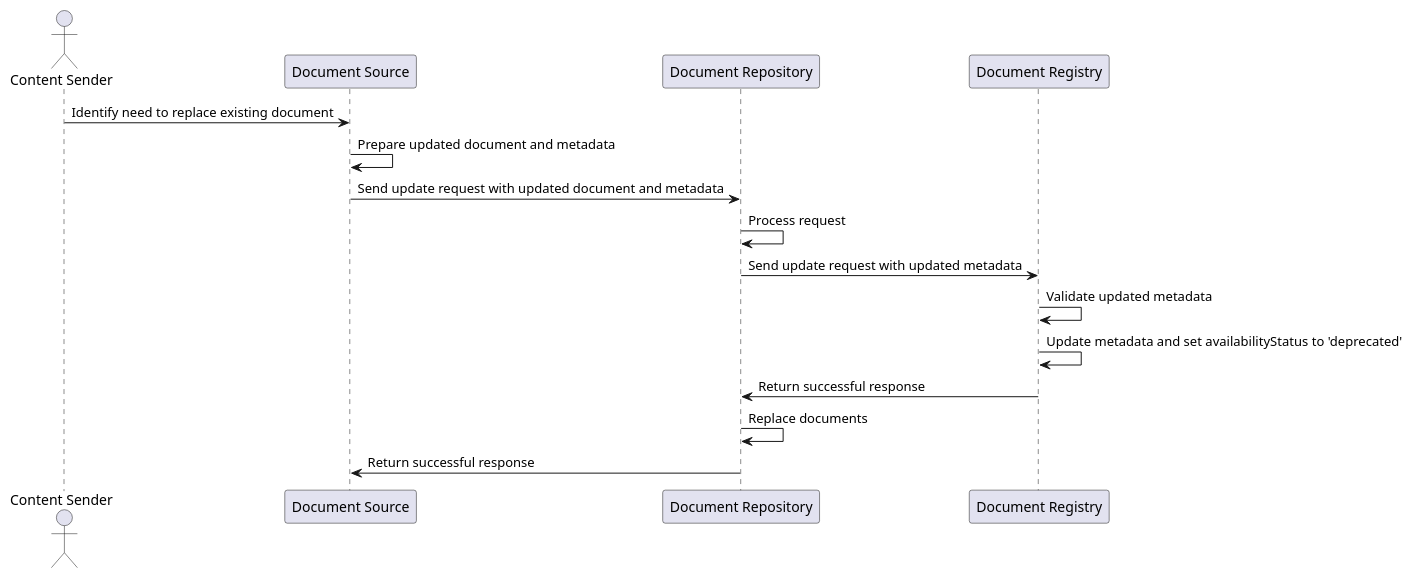
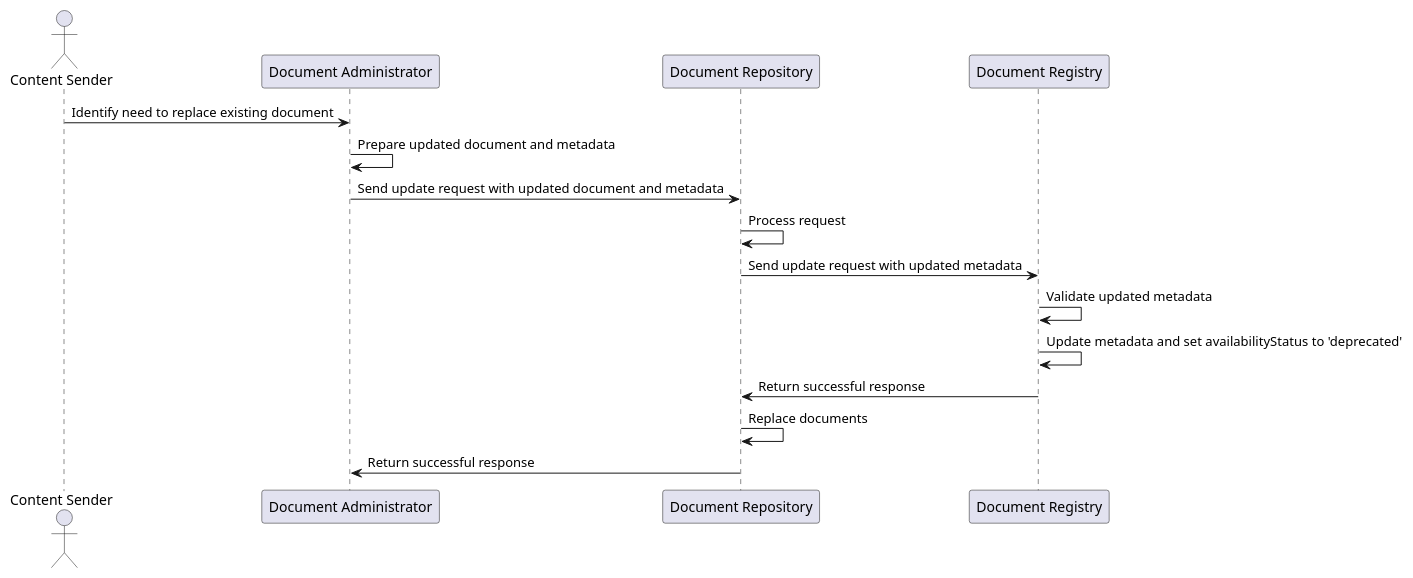
Before and after one commit to medcomdk/dk-medcom-document: the diagram in puml/sequence-rcorr.puml, drawn with PlantUML. The commit also changed 2 other files, not shown here.

Commit message:
changed sequence diagrams

```diff
--- a/puml/sequence-rcorr.puml
+++ b/puml/sequence-rcorr.puml
@@ -1,17 +1,17 @@
 @startuml
 actor "Content Sender" as CS
-participant "Document Source" as DS
+participant "Document Administrator" as DS
 participant "Document Repository" as DR
 participant "Document Registry" as DReg
 
 CS -> DS: Identify need to replace existing document
 DS -> DS: Prepare updated document and metadata
 DS -> DR: Send update request with updated document and metadata
 DR -> DR: Process request
 DR -> DReg: Send update request with updated metadata
 DReg -> DReg: Validate updated metadata
 DReg -> DReg: Update metadata and set availabilityStatus to 'deprecated'
 DReg -> DR: Return successful response
 DR -> DR: Replace documents
 DR -> DS: Return successful response
 @enduml
```
